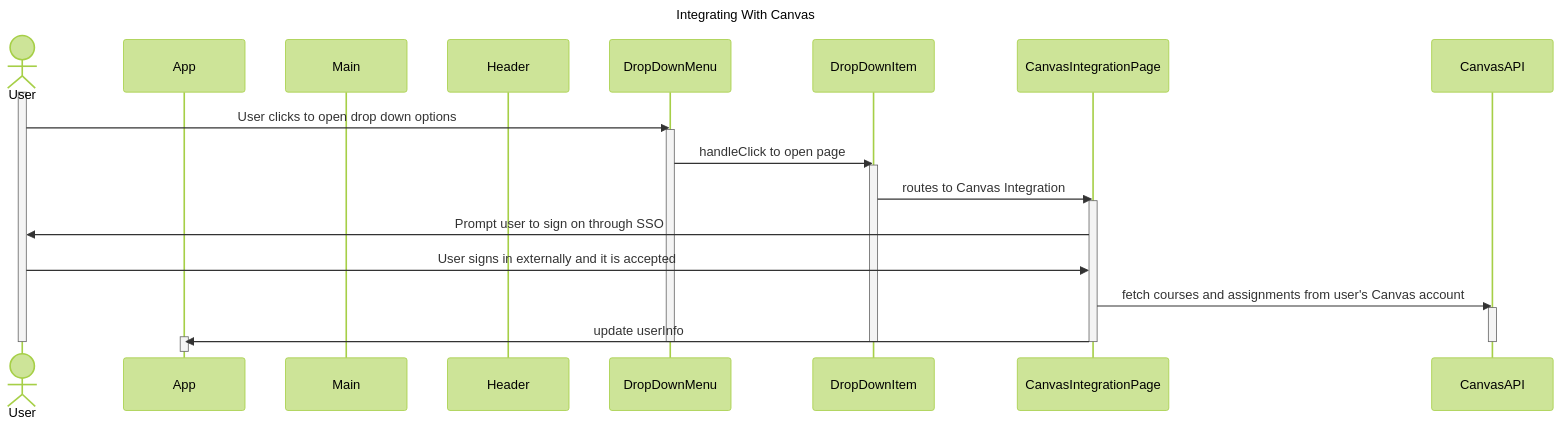
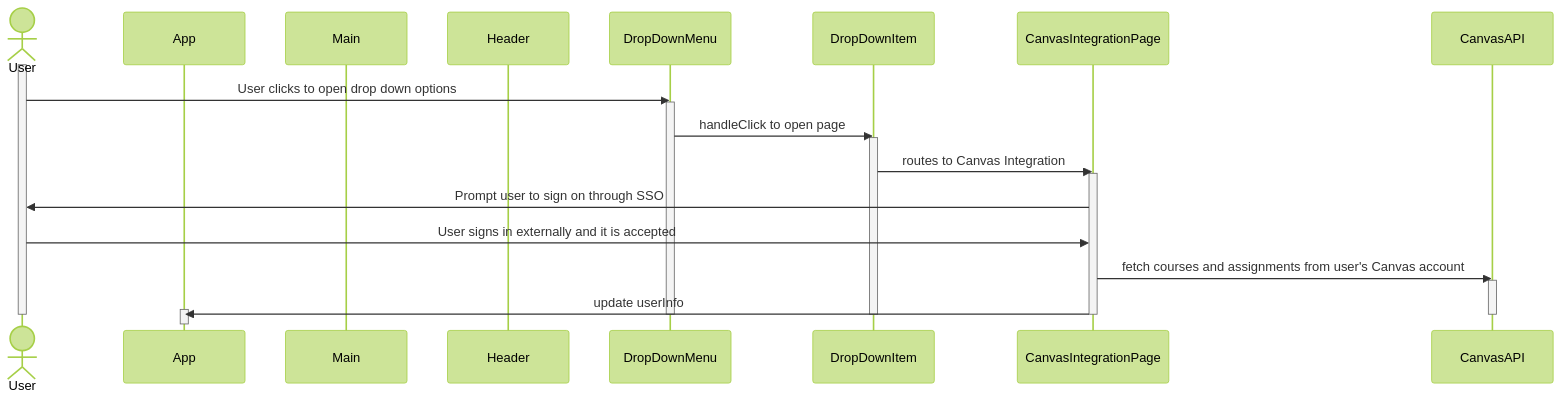
The second of 7 diagrams in documentation/docs/system-architecture/sequence-diagrams.md (Capstone-Projects-2023-Spring/project-virtual-pet), drawn with Mermaid (forest theme) before and after one commit. The commit also changed other lines of this file, not shown here.

````diff
--- a/documentation/docs/system-architecture/sequence-diagrams.md
+++ b/documentation/docs/system-architecture/sequence-diagrams.md
@@ -74,34 +76,33 @@
 ```mermaid
 sequenceDiagram
-title Integrating With Canvas
     actor User
     participant App
     participant Main
     participant Header
     participant DropDownMenu
     participant DropDownItem
     participant CanvasIntegrationPage
     participant CanvasAPI
 
     activate User
     User ->> DropDownMenu: User clicks to open drop down options
     activate DropDownMenu 
     DropDownMenu ->> DropDownItem: handleClick to open page
     activate DropDownItem
     DropDownItem ->> CanvasIntegrationPage: routes to Canvas Integration
     activate CanvasIntegrationPage
     CanvasIntegrationPage ->> User: Prompt user to sign on through SSO 
     User ->> CanvasIntegrationPage: User signs in externally and it is accepted
     CanvasIntegrationPage ->> CanvasAPI: fetch courses and assignments from user's Canvas account
     activate CanvasAPI
     CanvasIntegrationPage ->> App: update userInfo
     activate App
 
 
     deactivate User
     deactivate DropDownMenu 
     deactivate DropDownItem
     deactivate CanvasIntegrationPage
     deactivate CanvasAPI
     deactivate App
 ```
````
